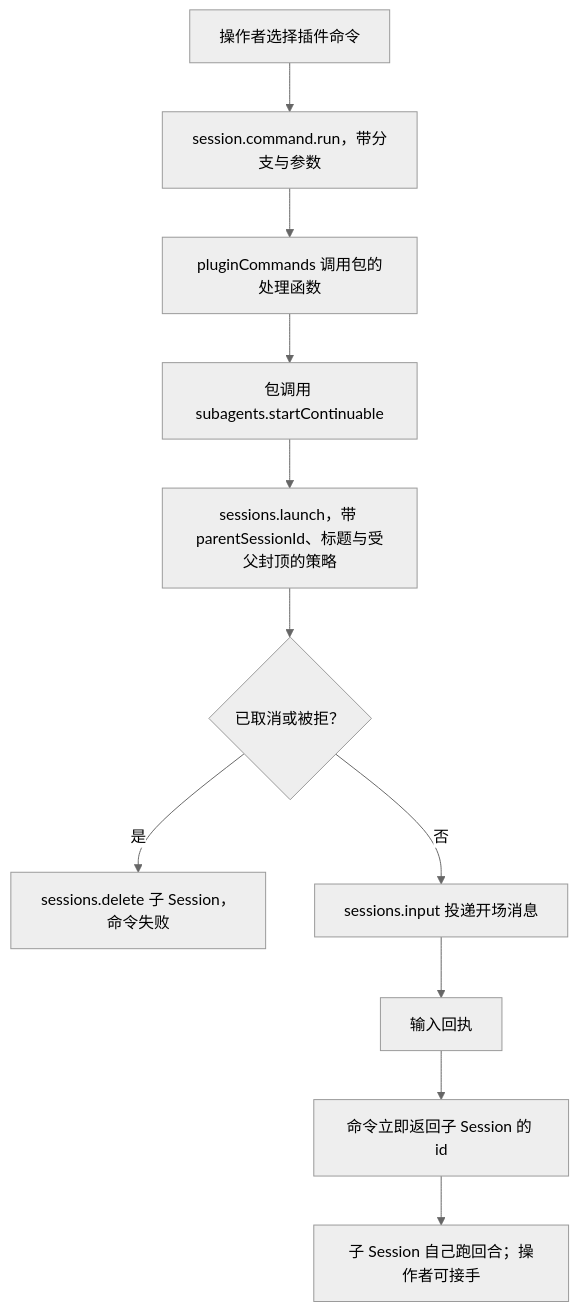
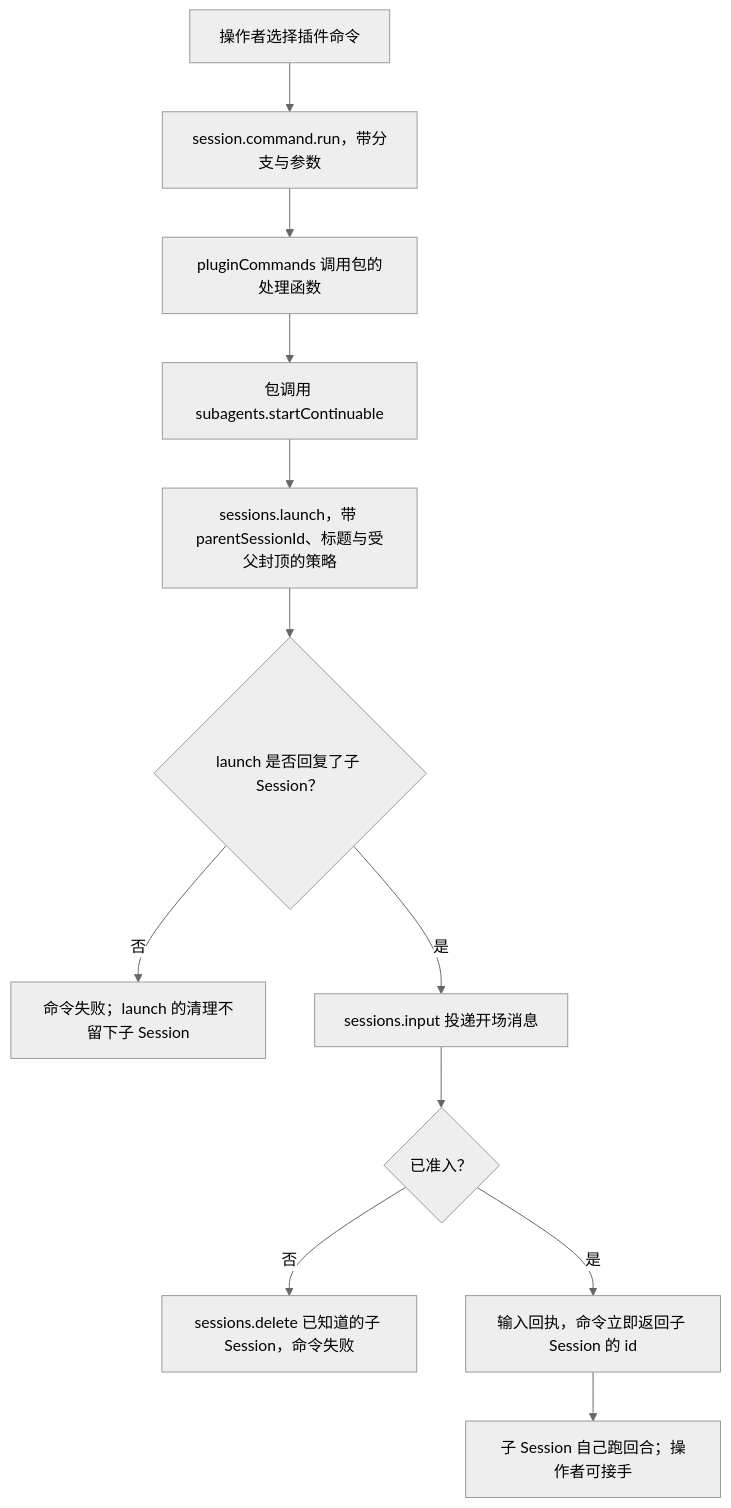
One commit to arcships/dim changed the sixth of 6 diagrams in docs/zh/design/plugins/DshPackages.md. Above: the diagram before and after it, drawn with Mermaid (neutral theme). The commit also changed other lines of this file and 1 other file, not shown here.

Commit message:
docs(plugins): attribute the opening-input failure to the bridge
Section 3.7 said a rejected opening input is cleaned up by the
launch's own cleanup before its reply, but the flow calls
sessions.input after launch has returned, and Appendix B already
gives that case to the bridge. The two cases are now separated in
both languages: a launch whose caller stops waiting before the
reply removes the Session it created, and a child whose opening
input the branch refuses is deleted by the bridge, by the id it
already holds, before the command returns its error.

The flowchart shows the same split, so a refused launch and a
refused input no longer leave the diagram saying that one step
does both.

Refs #1753

````diff
--- a/docs/zh/design/plugins/DshPackages.md
+++ b/docs/zh/design/plugins/DshPackages.md
@@ -275,13 +275,14 @@
 ```mermaid
 flowchart TD
   A["操作者选择插件命令"] --> B["session.command.run，带分支与参数"]
   B --> C["pluginCommands 调用包的处理函数"]
   C --> D["包调用 subagents.startContinuable"]
   D --> E["sessions.launch，带 parentSessionId、标题与受父封顶的策略"]
-  E --> F{"已取消或被拒？"}
-  F -->|是| G["sessions.delete 子 Session，命令失败"]
-  F -->|否| H["sessions.input 投递开场消息"]
-  H --> I["输入回执"]
-  I --> J["命令立即返回子 Session 的 id"]
+  E --> F{"launch 是否回复了子 Session？"}
+  F -->|否| G["命令失败；launch 的清理不留下子 Session"]
+  F -->|是| H["sessions.input 投递开场消息"]
+  H --> I{"已准入？"}
+  I -->|否| M["sessions.delete 已知道的子 Session，命令失败"]
+  I -->|是| J["输入回执，命令立即返回子 Session 的 id"]
   J --> K["子 Session 自己跑回合；操作者可接手"]
 ```
````
